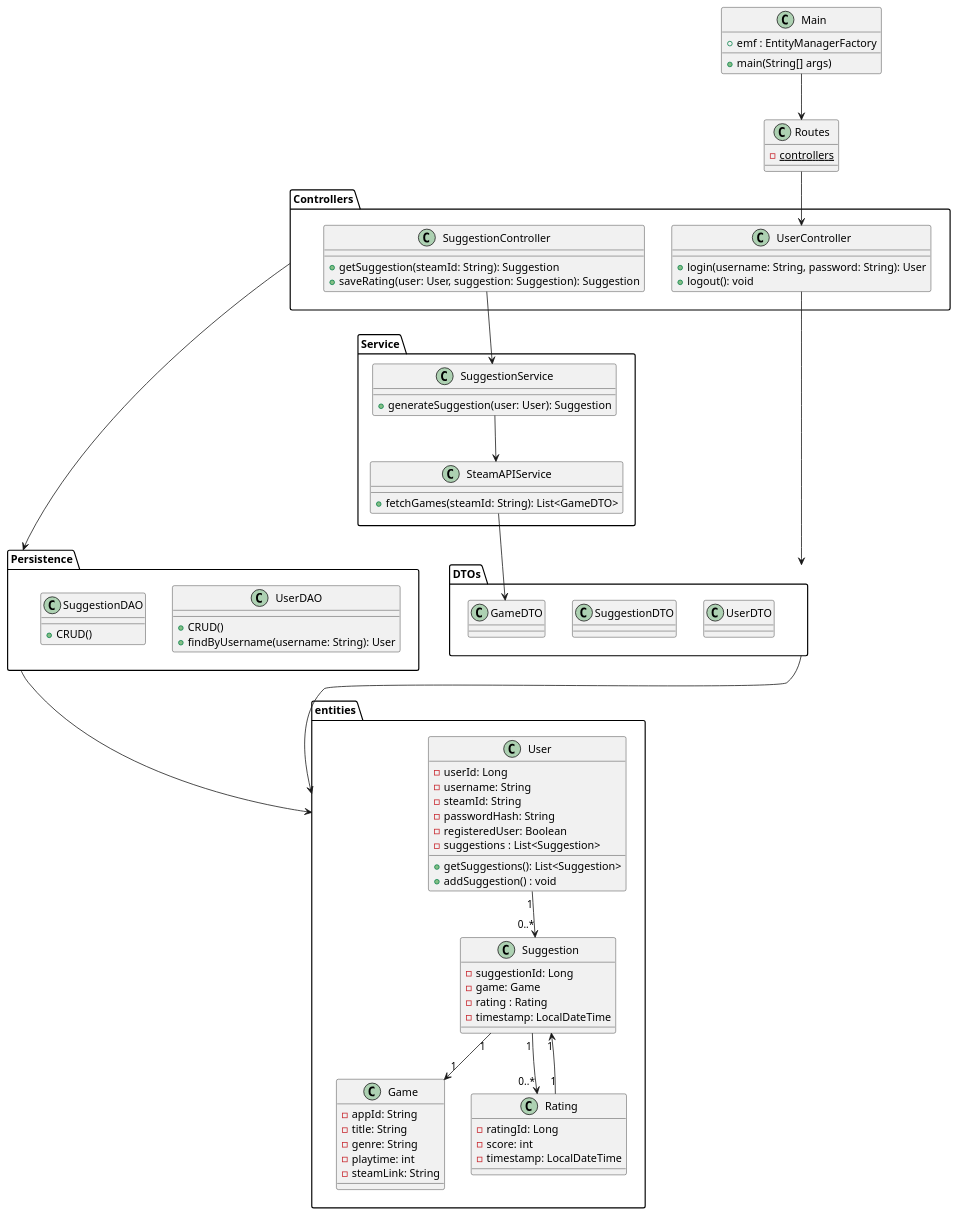
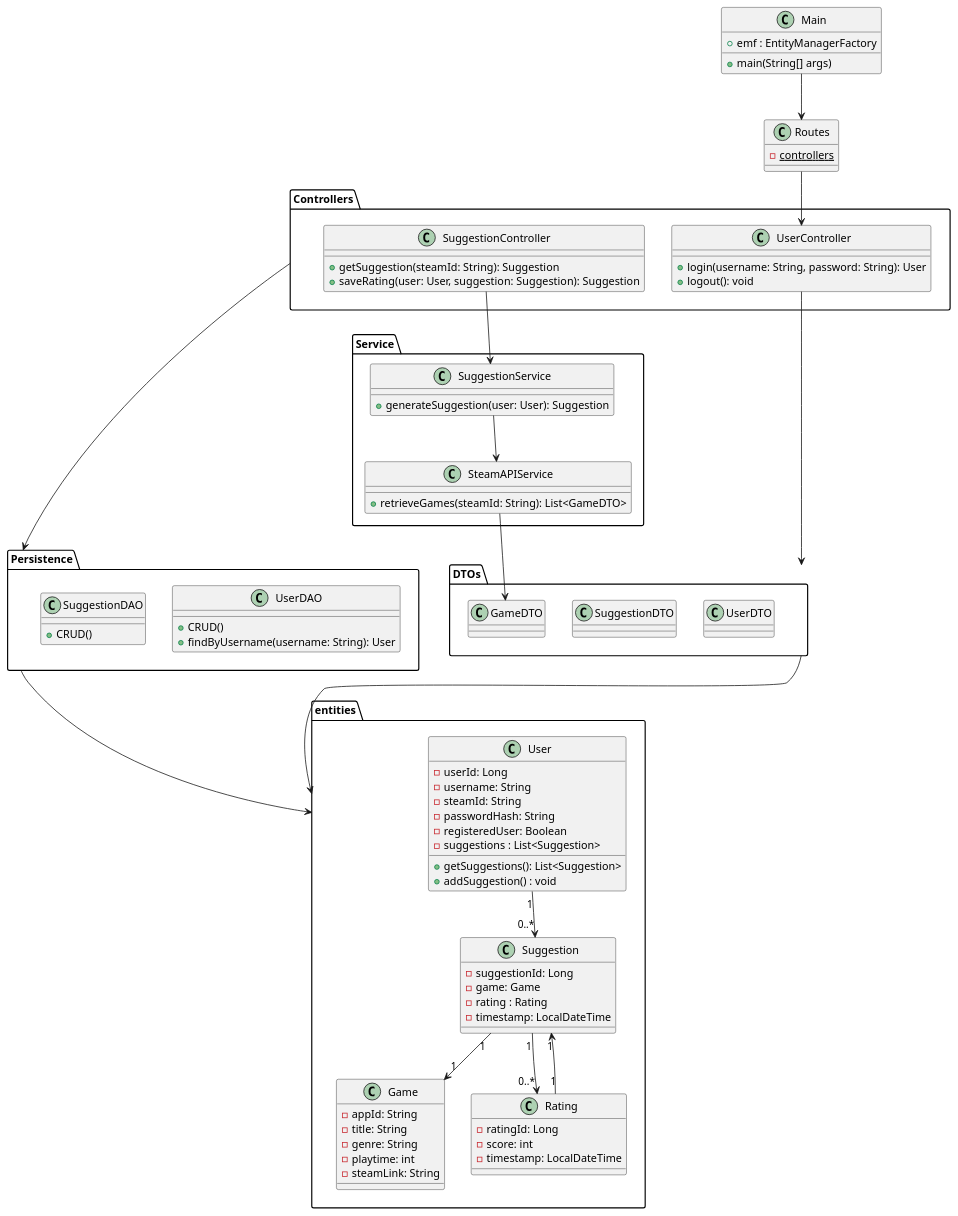
One commit to Gervig/Game-Suggester changed the diagram in docs/Diagrams/classdiagram.puml. Above: the diagram before and after it, drawn with PlantUML.

```diff
--- a/docs/Diagrams/classdiagram.puml
+++ b/docs/Diagrams/classdiagram.puml
@@ -1,127 +1,127 @@
 @startuml
 
 package entities {
 ' =======================
 ' MODEL (JPA Entities)
 ' =======================
 class User {
   - userId: Long
   - username: String
   - steamId: String
   - passwordHash: String
   - registeredUser: Boolean
   - suggestions : List<Suggestion>
   + getSuggestions(): List<Suggestion>
   + addSuggestion() : void
 }
 
 class Game {
   - appId: String
   - title: String
   - genre: String
   - playtime: int
   - steamLink: String
 }
 
 class Suggestion {
   - suggestionId: Long
   - game: Game
   - rating : Rating
   - timestamp: LocalDateTime
 }
 
 class Rating {
   - ratingId: Long
   - score: int
   - timestamp: LocalDateTime
 }
 }
 
 ' =======================
 ' MODEL (DTOs)
 ' =======================
 
 package DTOs {
 
 class UserDTO{}
 class SuggestionDTO{}
 class GameDTO{}
 
 }
 
 ' =======================
 ' REPOSITORIES (JPA)
 ' =======================
 package Persistence {
 class UserDAO {
    + CRUD()
   + findByUsername(username: String): User
 }
 class SuggestionDAO {
   + CRUD()
 }
 }
 
 
 ' =======================
 ' SERVICES
 ' =======================
 package Service  {
 class SteamAPIService {
-  + fetchGames(steamId: String): List<GameDTO>
+  + retrieveGames(steamId: String): List<GameDTO>
 }
 
 class SuggestionService {
   + generateSuggestion(user: User): Suggestion
 }
 }
 
 
 ' =======================
 ' CONTROLLERS (MVC)
 ' =======================
 package Controllers{
 class UserController {
   + login(username: String, password: String): User
   + logout(): void
 }
 class SuggestionController {
   + getSuggestion(steamId: String): Suggestion
   + saveRating(user: User, suggestion: Suggestion): Suggestion
 }
 }
 
 
 
 class Routes{
 - {static} controllers
 }
 
 class Main{
 + emf : EntityManagerFactory
 + main(String[] args)
 }
 
 ' =======================
 ' RELATIONSHIPS
 ' =======================
 User "1" --> "0..*" Suggestion
 Suggestion "1" --> "1" Game
 Suggestion "1" --> "0..*" Rating
 Rating "1" --> "1" Suggestion
 
 SuggestionController --> SuggestionService
 
 
 SuggestionService --> SteamAPIService
 SteamAPIService --> GameDTO
 
 UserController --> DTOs
 Persistence --> entities
 DTOs --> entities
 Main --> Routes
 Routes --> UserController
 Controllers --> Persistence
 
 
 @enduml
```
